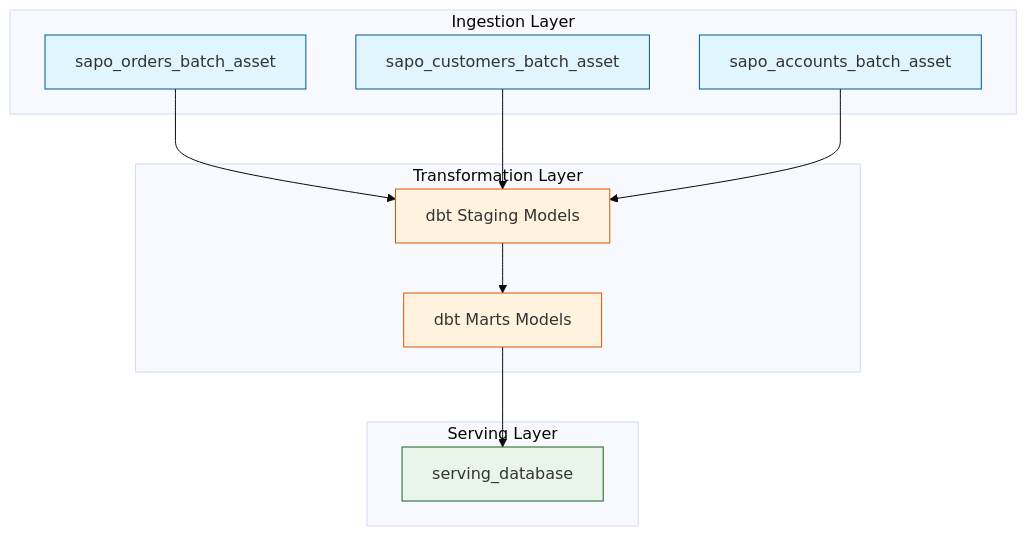
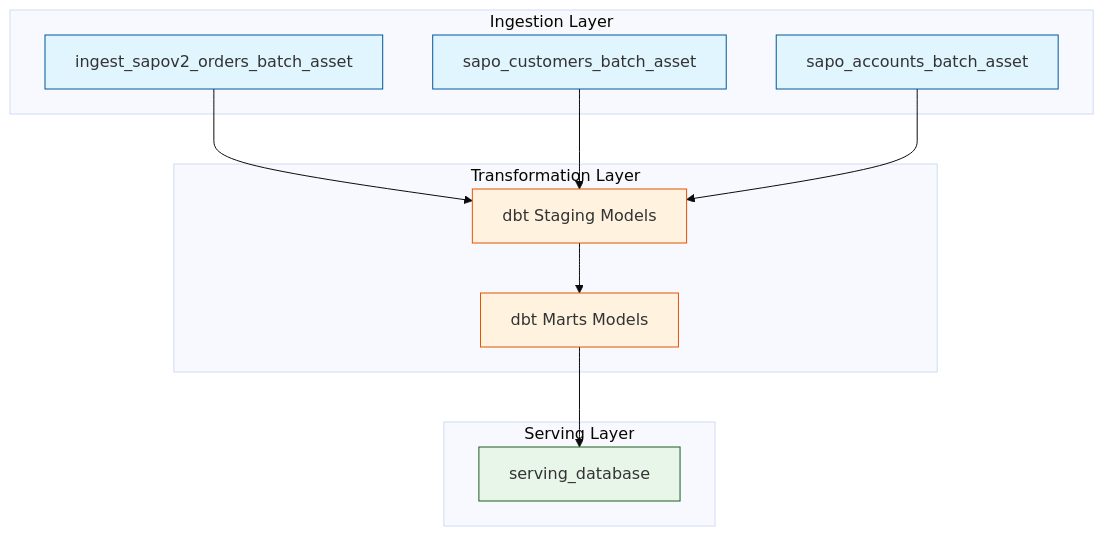
Before and after one commit to vantt/data-integration: the second of 2 diagrams in orchestration/docs/JOBS.md, drawn with Mermaid (base theme). The commit also changed 19 other files, not shown here.

Commit message:
refactor(orchestration): rename sapo_orders_batch_asset to ingest_sapov2_orders_batch_asset

````diff
--- a/orchestration/docs/JOBS.md
+++ b/orchestration/docs/JOBS.md
@@ -122,36 +122,36 @@
 ```mermaid
 graph TD
     %% Ingestion Layer (Batch)
     subgraph Ingestion ["Ingestion Layer"]
-        Orders[sapo_orders_batch_asset]
+        Orders[ingest_sapov2_orders_batch_asset]
         Customers[sapo_customers_batch_asset]
         Accounts[sapo_accounts_batch_asset]
     end
 
     %% Transformation Layer (dbt)
     subgraph Transformation ["Transformation Layer"]
         Staging["dbt Staging Models"]
         Marts["dbt Marts Models"]
     end
 
     %% Serving Layer
     subgraph Serving ["Serving Layer"]
         ServingDB[serving_database]
     end
 
     %% Dependencies (Explicit Serial Execution)
     Orders --> Staging
     Customers --> Staging
     Accounts --> Staging
 
     Staging --> Marts
     Marts --> ServingDB
 
     %% Styling
     style Orders fill:#e1f5fe,stroke:#01579b
     style Customers fill:#e1f5fe,stroke:#01579b
     style Accounts fill:#e1f5fe,stroke:#01579b
     style Staging fill:#fff3e0,stroke:#e65100
     style Marts fill:#fff3e0,stroke:#e65100
     style ServingDB fill:#e8f5e9,stroke:#1b5e20
 ```
````
